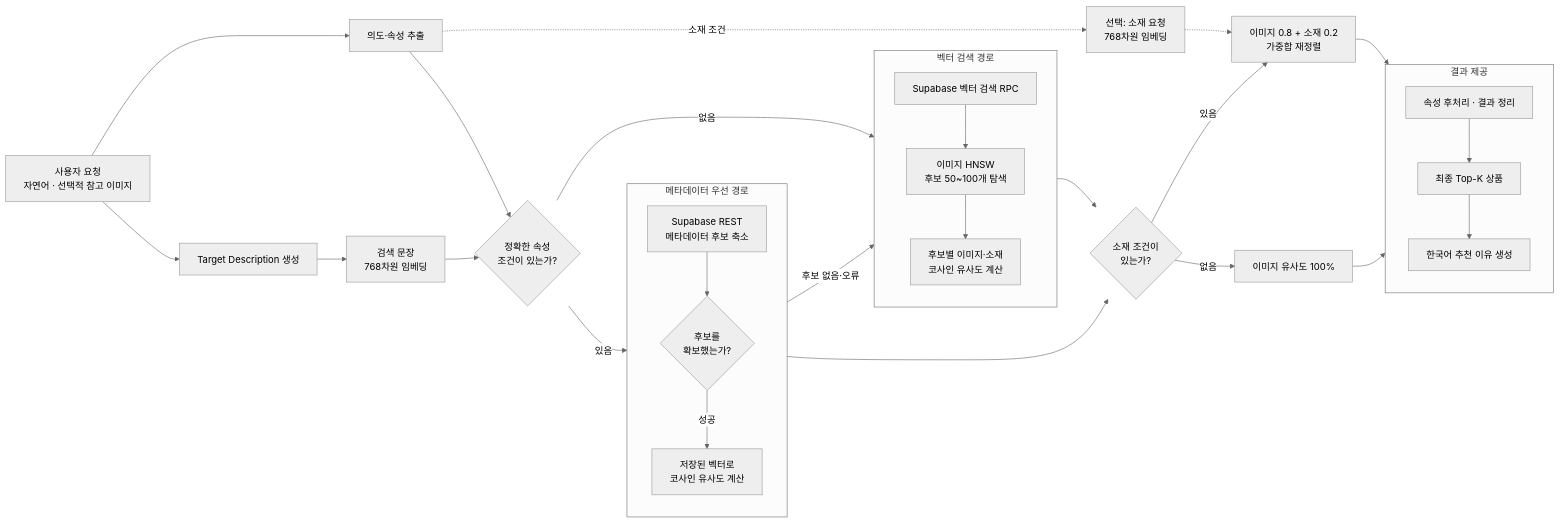
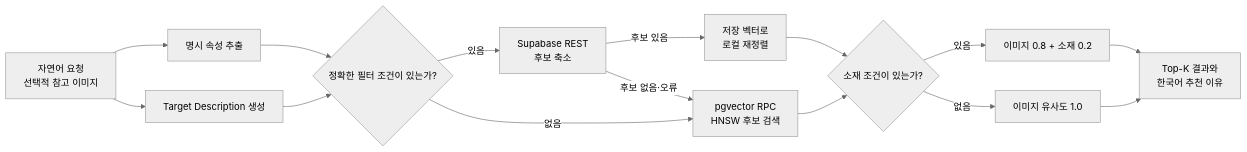
Before and after one commit to cs-f1t/f1t: the diagram in README.md, drawn with Mermaid (neutral theme). The commit also changed other lines of this file and 1 other file, not shown here.

````diff
--- a/README.md
+++ b/README.md
@@ -63,54 +37,27 @@
 ```mermaid
 flowchart LR
-    A["사용자 요청<br/>자연어 · 선택적 참고 이미지"]
-    B["의도·속성 추출"]
+    A["자연어 요청<br/>선택적 참고 이미지"]
+    B["명시 속성 추출"]
     C["Target Description 생성"]
-    D["검색 문장<br/>768차원 임베딩"]
-    E["선택: 소재 요청<br/>768차원 임베딩"]
-    F{"정확한 속성<br/>조건이 있는가?"}
-
-    subgraph META["메타데이터 우선 경로"]
-        direction TB
-        G["Supabase REST<br/>메타데이터 후보 축소"]
-        H{"후보를<br/>확보했는가?"}
-        I["저장된 벡터로<br/>코사인 유사도 계산"]
-        G --> H
-        H -- 성공 --> I
-    end
-
-    subgraph VECTOR["벡터 검색 경로"]
-        direction TB
-        J["Supabase 벡터 검색 RPC"]
-        K["이미지 HNSW<br/>후보 50~100개 탐색"]
-        L["후보별 이미지·소재<br/>코사인 유사도 계산"]
-        J --> K --> L
-    end
-
-    M{"소재 조건이<br/>있는가?"}
-    O["이미지 0.8 + 소재 0.2<br/>가중합 재정렬"]
-    N["이미지 유사도 100%"]
-
-    subgraph RESULT["결과 제공"]
-        direction TB
-        P["속성 후처리 · 결과 정리"]
-        Q["최종 Top-K 상품"]
-        R["한국어 추천 이유 생성"]
-        P --> Q --> R
-    end
+    D{"정확한 필터 조건이 있는가?"}
+    E["Supabase REST<br/>후보 축소"]
+    F["저장 벡터로<br/>로컬 재정렬"]
+    G["pgvector RPC<br/>HNSW 후보 검색"]
+    H{"소재 조건이 있는가?"}
+    I["이미지 0.8 + 소재 0.2"]
+    J["이미지 유사도 1.0"]
+    K["Top-K 결과와<br/>한국어 추천 이유"]
 
     A --> B
-    A --> C --> D
-    B -. 소재 조건 .-> E
-    B --> F
-    D --> F
-
-    F -- 있음 --> G
-    F -- 없음 --> J
-    H -- 후보 없음·오류 --> J
-    I --> M
-    L --> M
-    E -.-> O
-
-    M -- 있음 --> O --> RESULT
-    M -- 없음 --> N --> RESULT
+    A --> C
+    B --> D
+    C --> D
+    D -- 있음 --> E
+    E -- 후보 있음 --> F
+    E -- 후보 없음·오류 --> G
+    D -- 없음 --> G
+    F --> H
+    G --> H
+    H -- 있음 --> I --> K
+    H -- 없음 --> J --> K
 ```
````
